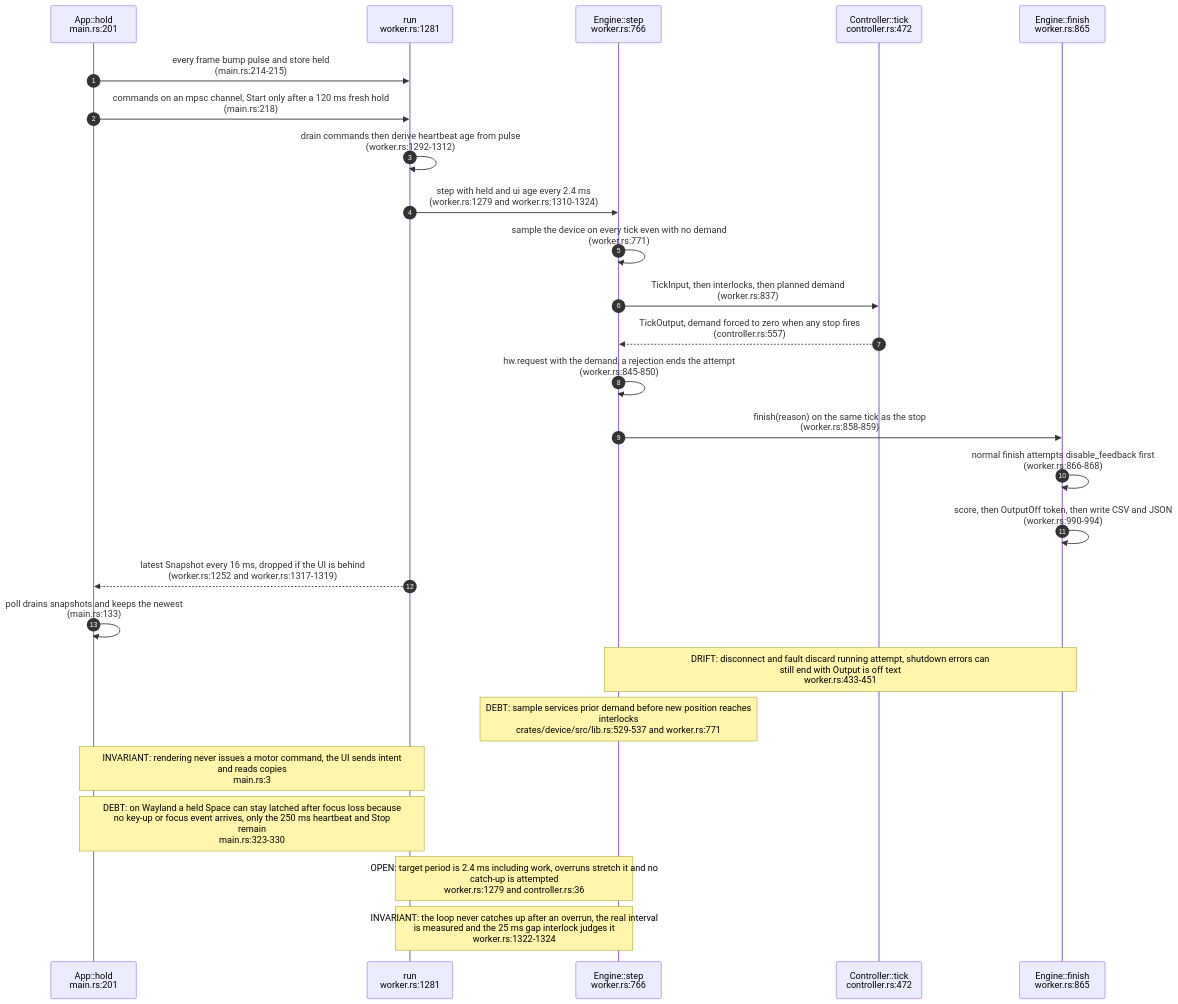
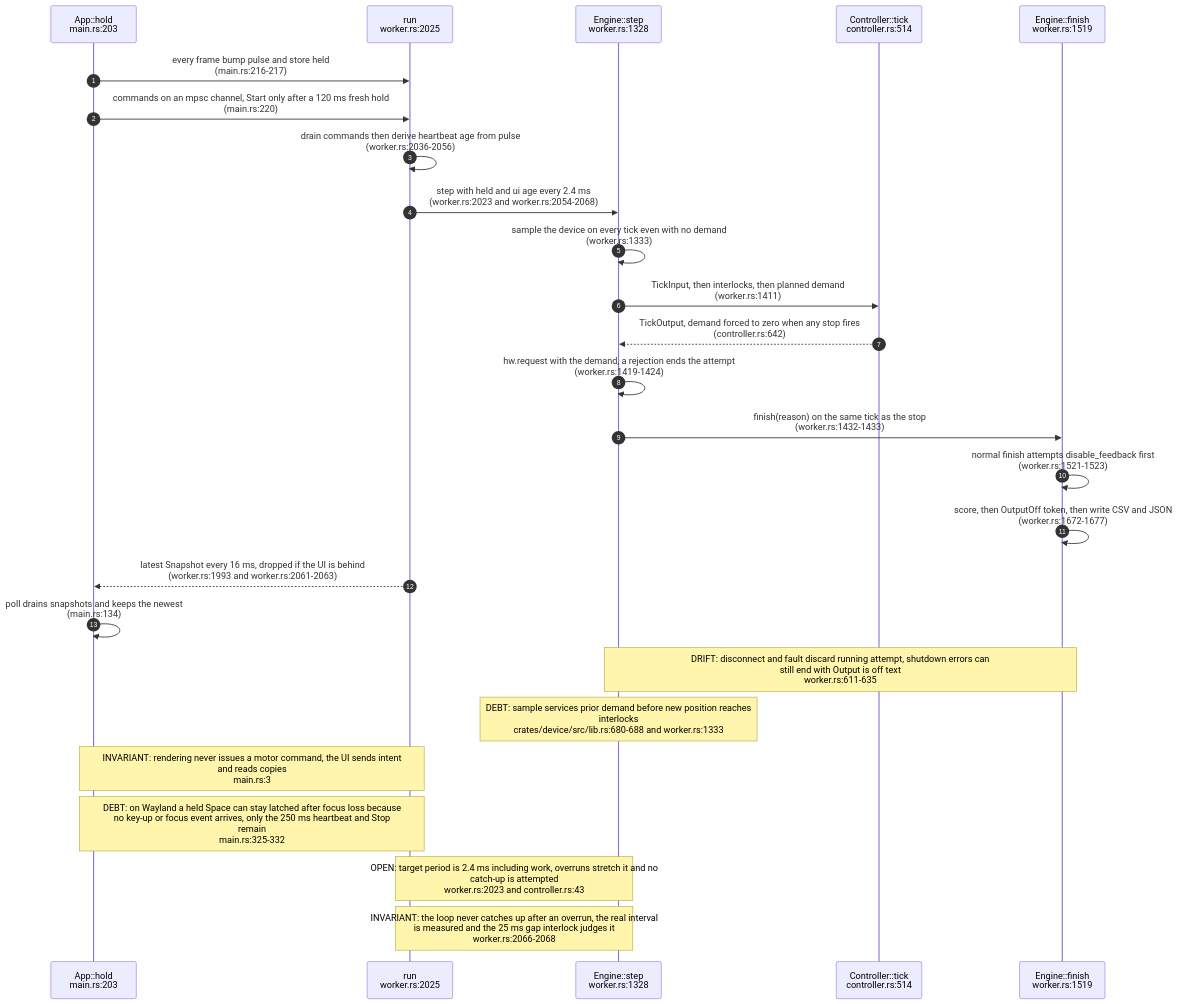
One commit to DreamLab-AI/VisionFlow changed the first of 7 diagrams in docs/diagrams/visiontouch-rs/08-calibration-studio-and-verification-ladder.md. Above: the diagram before and after it, drawn with Mermaid. The commit also changed other lines of this file and 36 other files, not shown here.

First line of the commit message:
docs(diagrams): re-derive and re-stamp agentbox, dream-engine, visioncraft, visiontouch and vowl topics; drop LAN addresses

````diff
--- a/docs/diagrams/visiontouch-rs/08-calibration-studio-and-verification-ladder.md
+++ b/docs/diagrams/visiontouch-rs/08-calibration-studio-and-verification-ladder.md
@@ -50,28 +51,28 @@
 ```mermaid
 sequenceDiagram
     autonumber
-    participant UI as App::hold<br/>main.rs:201
-    participant WK as run<br/>worker.rs:1281
-    participant EN as Engine::step<br/>worker.rs:766
-    participant CT as Controller::tick<br/>controller.rs:472
-    participant EV as Engine::finish<br/>worker.rs:865
-    UI->>WK: every frame bump pulse and store held<br/>(main.rs:214-215)
-    UI->>WK: commands on an mpsc channel, Start only after a 120 ms fresh hold<br/>(main.rs:218)
-    WK->>WK: drain commands then derive heartbeat age from pulse<br/>(worker.rs:1292-1312)
-    WK->>EN: step with held and ui age every 2.4 ms<br/>(worker.rs:1279 and worker.rs:1310-1324)
-    EN->>EN: sample the device on every tick even with no demand<br/>(worker.rs:771)
-    EN->>CT: TickInput, then interlocks, then planned demand<br/>(worker.rs:837)
-    CT-->>EN: TickOutput, demand forced to zero when any stop fires<br/>(controller.rs:557)
-    EN->>EN: hw.request with the demand, a rejection ends the attempt<br/>(worker.rs:845-850)
-    EN->>EV: finish(reason) on the same tick as the stop<br/>(worker.rs:858-859)
-    EV->>EV: normal finish attempts disable_feedback first<br/>(worker.rs:866-868)
-    EV->>EV: score, then OutputOff token, then write CSV and JSON<br/>(worker.rs:990-994)
-    WK-->>UI: latest Snapshot every 16 ms, dropped if the UI is behind<br/>(worker.rs:1252 and worker.rs:1317-1319)
-    UI->>UI: poll drains snapshots and keeps the newest<br/>(main.rs:133)
-    Note over EN,EV: DRIFT: disconnect and fault discard running attempt, shutdown errors can<br/>still end with Output is off text<br/>worker.rs:433-451
-    Note over EN: DEBT: sample services prior demand before new position reaches<br/>interlocks<br/>crates/device/src/lib.rs:529-537 and worker.rs:771
+    participant UI as App::hold<br/>main.rs:203
+    participant WK as run<br/>worker.rs:2025
+    participant EN as Engine::step<br/>worker.rs:1328
+    participant CT as Controller::tick<br/>controller.rs:514
+    participant EV as Engine::finish<br/>worker.rs:1519
+    UI->>WK: every frame bump pulse and store held<br/>(main.rs:216-217)
+    UI->>WK: commands on an mpsc channel, Start only after a 120 ms fresh hold<br/>(main.rs:220)
+    WK->>WK: drain commands then derive heartbeat age from pulse<br/>(worker.rs:2036-2056)
+    WK->>EN: step with held and ui age every 2.4 ms<br/>(worker.rs:2023 and worker.rs:2054-2068)
+    EN->>EN: sample the device on every tick even with no demand<br/>(worker.rs:1333)
+    EN->>CT: TickInput, then interlocks, then planned demand<br/>(worker.rs:1411)
+    CT-->>EN: TickOutput, demand forced to zero when any stop fires<br/>(controller.rs:642)
+    EN->>EN: hw.request with the demand, a rejection ends the attempt<br/>(worker.rs:1419-1424)
+    EN->>EV: finish(reason) on the same tick as the stop<br/>(worker.rs:1432-1433)
+    EV->>EV: normal finish attempts disable_feedback first<br/>(worker.rs:1521-1523)
+    EV->>EV: score, then OutputOff token, then write CSV and JSON<br/>(worker.rs:1672-1677)
+    WK-->>UI: latest Snapshot every 16 ms, dropped if the UI is behind<br/>(worker.rs:1993 and worker.rs:2061-2063)
+    UI->>UI: poll drains snapshots and keeps the newest<br/>(main.rs:134)
+    Note over EN,EV: DRIFT: disconnect and fault discard running attempt, shutdown errors can<br/>still end with Output is off text<br/>worker.rs:611-635
+    Note over EN: DEBT: sample services prior demand before new position reaches<br/>interlocks<br/>crates/device/src/lib.rs:680-688 and worker.rs:1333
     Note over UI,WK: INVARIANT: rendering never issues a motor command, the UI sends intent<br/>and reads copies<br/>main.rs:3
-    Note over UI,WK: DEBT: on Wayland a held Space can stay latched after focus loss because<br/>no key-up or focus event arrives, only the 250 ms heartbeat and Stop<br/>remain<br/>main.rs:323-330
-    Note over WK,EN: OPEN: target period is 2.4 ms including work, overruns stretch it and no<br/>catch-up is attempted<br/>worker.rs:1279 and controller.rs:36
-    Note over WK,EN: INVARIANT: the loop never catches up after an overrun, the real interval<br/>is measured and the 25 ms gap interlock judges it<br/>worker.rs:1322-1324
+    Note over UI,WK: DEBT: on Wayland a held Space can stay latched after focus loss because<br/>no key-up or focus event arrives, only the 250 ms heartbeat and Stop<br/>remain<br/>main.rs:325-332
+    Note over WK,EN: OPEN: target period is 2.4 ms including work, overruns stretch it and no<br/>catch-up is attempted<br/>worker.rs:2023 and controller.rs:43
+    Note over WK,EN: INVARIANT: the loop never catches up after an overrun, the real interval<br/>is measured and the 25 ms gap interlock judges it<br/>worker.rs:2066-2068
 ```
````
